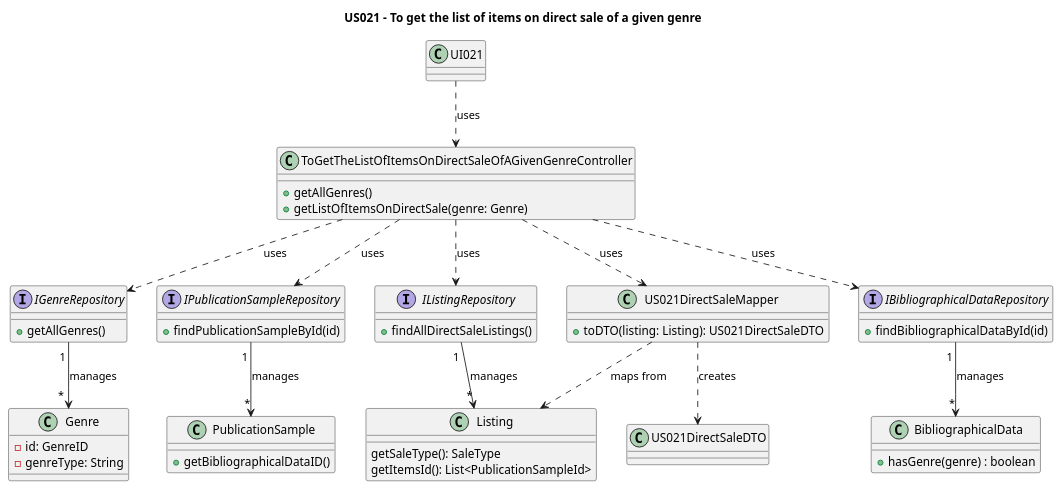
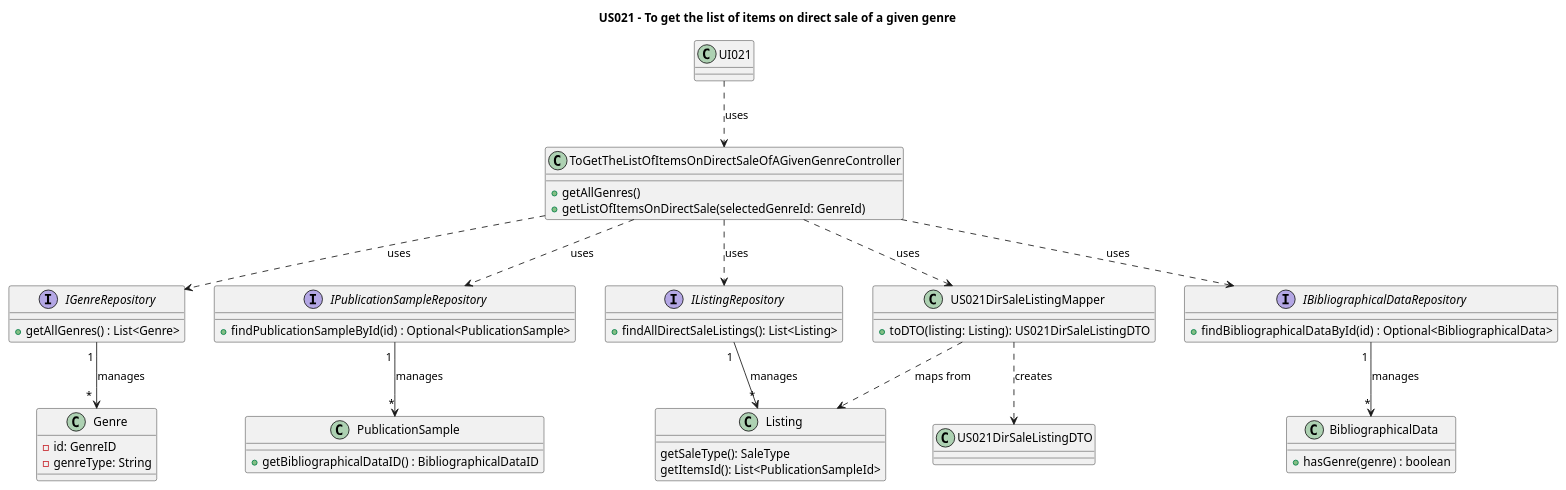
One commit to AndrePereiraGitH/SWitCH-Project-Team_A changed the diagram in Diagrams/ClassDiagrams/US021-to-get-the-list-of-items-on-direct-sale-of-a-given-genre.puml. Above: the diagram before and after it, drawn with PlantUML. The commit also changed 5 other files, not shown here.

```diff
--- a/Diagrams/ClassDiagrams/US021-to-get-the-list-of-items-on-direct-sale-of-a-given-genre.puml
+++ b/Diagrams/ClassDiagrams/US021-to-get-the-list-of-items-on-direct-sale-of-a-given-genre.puml
@@ -1,81 +1,79 @@
 @startuml
 title US021 - To get the list of items on direct sale of a given genre
 
 class UI021 {
 
 }
 
 class ToGetTheListOfItemsOnDirectSaleOfAGivenGenreController {
   +getAllGenres()
-  +getListOfItemsOnDirectSale(genre: Genre)
+  +getListOfItemsOnDirectSale(selectedGenreId: GenreId)
 }
 
 interface IGenreRepository {
-  +getAllGenres()
+  +getAllGenres() : List<Genre>
 }
 
 class Genre {
    - id: GenreID
     -genreType: String
 }
 
 
-
-
 interface IListingRepository {
-  + findAllDirectSaleListings()
+  + findAllDirectSaleListings(): List<Listing>
 }
 
 
 class Listing {
   getSaleType(): SaleType
   getItemsId(): List<PublicationSampleId>
 }
 
 interface "IPublicationSampleRepository" as IPSR {
-    + findPublicationSampleById(id)
+    + findPublicationSampleById(id) : Optional<PublicationSample>
 }
 
 
 class "PublicationSample" as PS {
-    + getBibliographicalDataID()
+    + getBibliographicalDataID() : BibliographicalDataID
 }
 
 
 interface "IBibliographicalDataRepository" as IBDR {
-    + findBibliographicalDataById(id)
+    + findBibliographicalDataById(id) : Optional<BibliographicalData>
 }
 
 class "BibliographicalData" as BD {
     + hasGenre(genre) : boolean
 }
 
-class "US021DirectSaleMapper" as Mapper {
-    + toDTO(listing: Listing): US021DirectSaleDTO
+class "US021DirSaleListingMapper" as Mapper {
+    + toDTO(listing: Listing): US021DirSaleListingDTO
 }
 
 
-class "US021DirectSaleDTO" as DTO {
+class "US021DirSaleListingDTO" as DTO {
 
 }
 
 
 
 
 ' Interactions
 UI021 ..> ToGetTheListOfItemsOnDirectSaleOfAGivenGenreController : uses
 ToGetTheListOfItemsOnDirectSaleOfAGivenGenreController  ..> IGenreRepository : uses
 ToGetTheListOfItemsOnDirectSaleOfAGivenGenreController ..> IPSR : uses
 ToGetTheListOfItemsOnDirectSaleOfAGivenGenreController ..> IBDR : uses
 ToGetTheListOfItemsOnDirectSaleOfAGivenGenreController  ..> IListingRepository : uses
 ToGetTheListOfItemsOnDirectSaleOfAGivenGenreController ..> Mapper : uses
 
 IGenreRepository "1 " --> "                   *" Genre : manages
 IPSR  "1 "-->  "*" PS : manages
 IBDR  "1 " -->  "*" BD : manages
 IListingRepository "1 " --> "*" Listing : manages
 
 Mapper ..> Listing : maps from
 Mapper ..> DTO : creates
 
 @enduml
```
